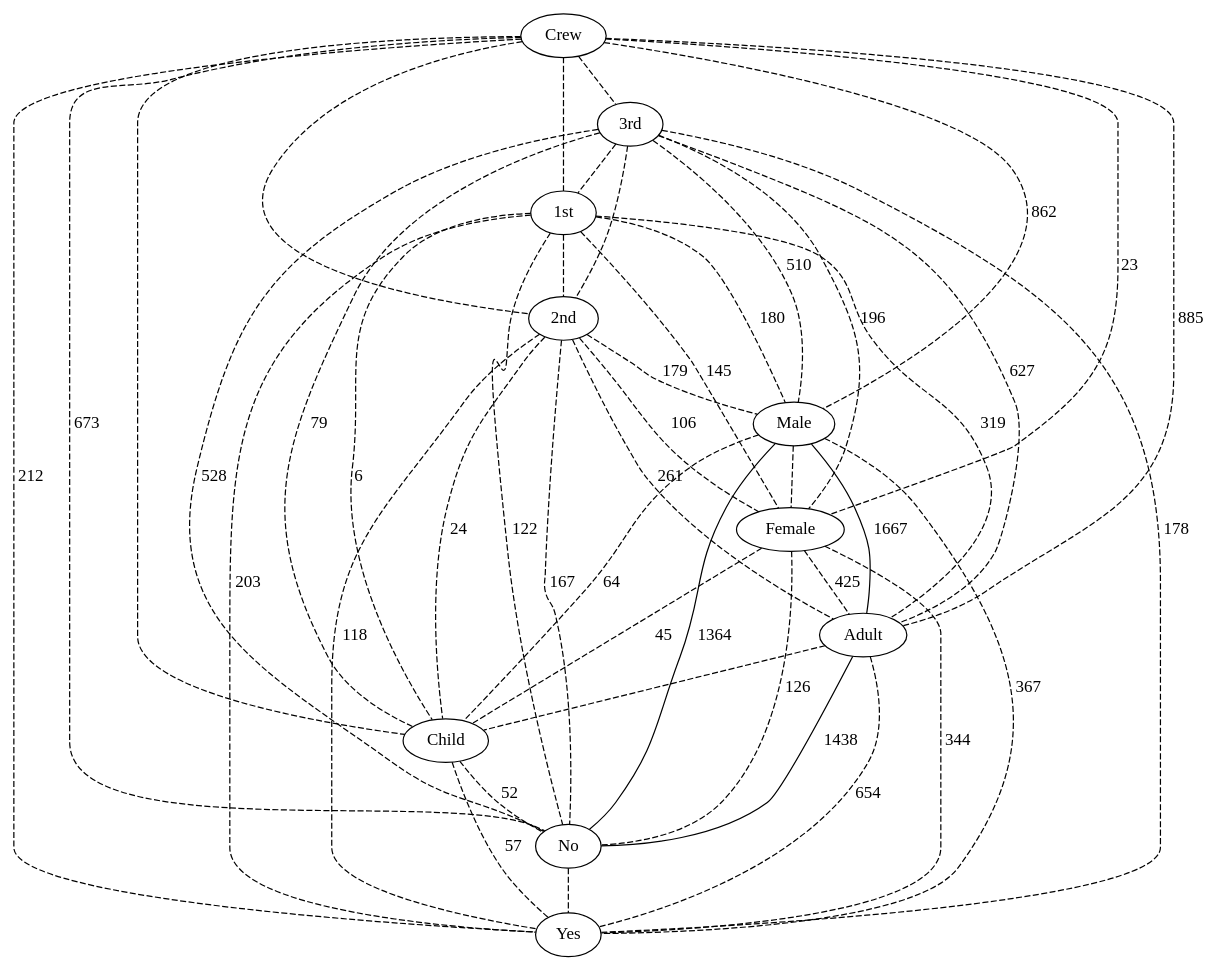
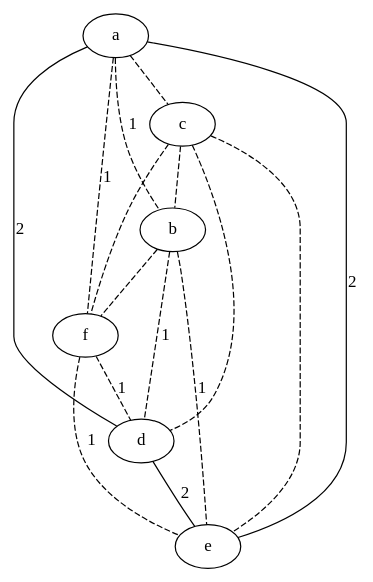
One commit to lrodrin/TFG changed the diagram in src/final/plainGraph_with_threshold.dot. Above: the diagram before and after it, drawn with Graphviz. The commit also changed 8 other files, not shown here.

```diff
--- a/src/final/plainGraph_with_threshold.dot
+++ b/src/final/plainGraph_with_threshold.dot
@@ -1,57 +1,23 @@
 strict graph "" {
-Crew;
-"3rd";
-"1st";
-"2nd";
-Male;
-Female;
-Adult;
-Child;
-No;
-Yes;
-Crew -- "3rd"  [color=black, style=dashed];
-Crew -- "1st"  [color=black, style=dashed];
-Crew -- "2nd"  [color=black, style=dashed];
-Crew -- Male  [color=black, label=862, style=dashed];
-Crew -- Female  [color=black, label=23, style=dashed];
-Crew -- Adult  [color=black, label=885, style=dashed];
-Crew -- Child  [color=black, style=dashed];
-Crew -- No  [color=black, label=673, style=dashed];
-Crew -- Yes  [color=black, label=212, style=dashed];
-"3rd" -- "1st"  [color=black, style=dashed];
-"3rd" -- "2nd"  [color=black, style=dashed];
-"3rd" -- Male  [color=black, label=510, style=dashed];
-"3rd" -- Female  [color=black, label=196, style=dashed];
-"3rd" -- Adult  [color=black, label=627, style=dashed];
-"3rd" -- Child  [color=black, label=79, style=dashed];
-"3rd" -- No  [color=black, label=528, style=dashed];
-"3rd" -- Yes  [color=black, label=178, style=dashed];
-"1st" -- "2nd"  [color=black, style=dashed];
-"1st" -- Male  [color=black, label=180, style=dashed];
-"1st" -- Female  [color=black, label=145, style=dashed];
-"1st" -- Adult  [color=black, label=319, style=dashed];
-"1st" -- Child  [color=black, label=6, style=dashed];
-"1st" -- No  [color=black, label=122, style=dashed];
-"1st" -- Yes  [color=black, label=203, style=dashed];
-"2nd" -- Male  [color=black, label=179, style=dashed];
-"2nd" -- Female  [color=black, label=106, style=dashed];
-"2nd" -- Adult  [color=black, label=261, style=dashed];
-"2nd" -- Child  [color=black, label=24, style=dashed];
-"2nd" -- No  [color=black, label=167, style=dashed];
-"2nd" -- Yes  [color=black, label=118, style=dashed];
-Male -- Female  [color=black, style=dashed];
-Male -- Adult  [color=black, label=1667, style=solid];
-Male -- Child  [color=black, label=64, style=dashed];
-Male -- No  [color=black, label=1364, style=solid];
-Male -- Yes  [color=black, label=367, style=dashed];
-Female -- Adult  [color=black, label=425, style=dashed];
-Female -- Child  [color=black, label=45, style=dashed];
-Female -- No  [color=black, label=126, style=dashed];
-Female -- Yes  [color=black, label=344, style=dashed];
-Adult -- Child  [color=black, style=dashed];
-Adult -- No  [color=black, label=1438, style=solid];
-Adult -- Yes  [color=black, label=654, style=dashed];
-Child -- No  [color=black, label=52, style=dashed];
-Child -- Yes  [color=black, label=57, style=dashed];
-No -- Yes  [color=black, style=dashed];
+a;
+c;
+b;
+f;
+d;
+e;
+a -- c  [color=black, style=dashed];
+a -- b  [color=black, label=1, style=dashed];
+a -- f  [color=black, label=1, style=dashed];
+a -- d  [color=black, label=2, style=solid];
+a -- e  [color=black, label=2, style=solid];
+c -- b  [color=black, style=dashed];
+c -- f  [color=black, style=dashed];
+c -- d  [color=black, style=dashed];
+c -- e  [color=black, style=dashed];
+b -- f  [color=black, style=dashed];
+b -- d  [color=black, label=1, style=dashed];
+b -- e  [color=black, label=1, style=dashed];
+f -- d  [color=black, label=1, style=dashed];
+f -- e  [color=black, label=1, style=dashed];
+d -- e  [color=black, label=2, style=solid];
 }
```
